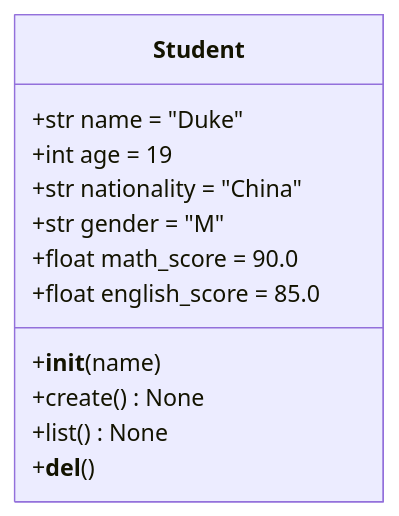
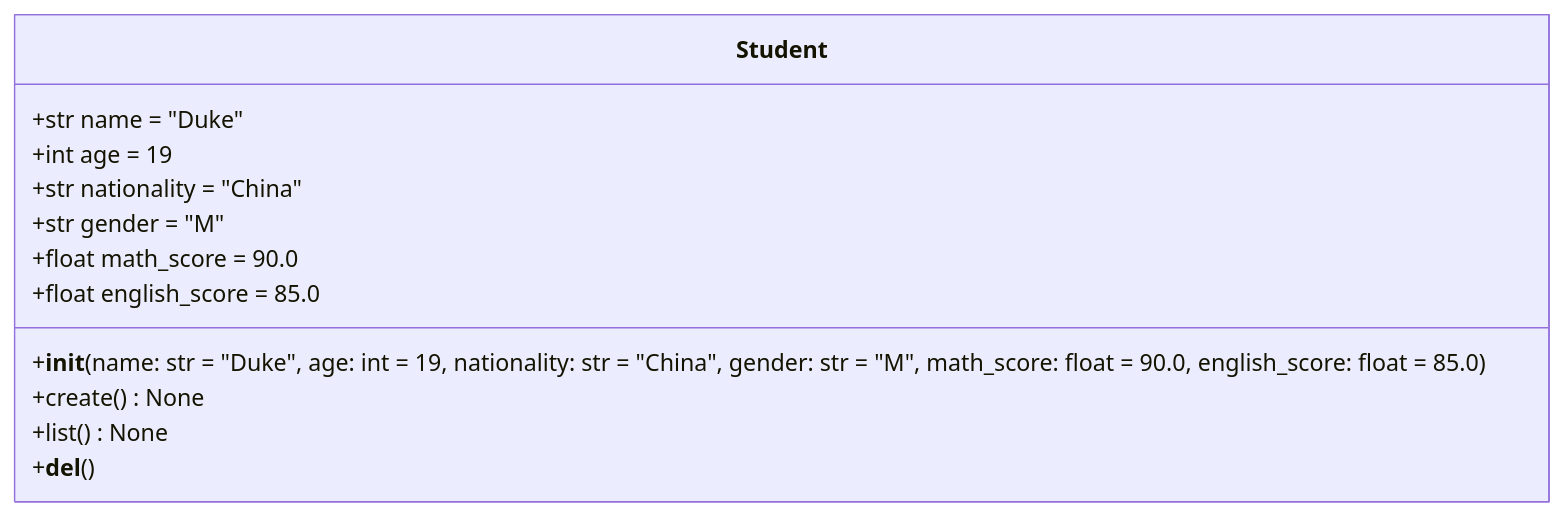
The diagram in student.md (duke7775/python_test1), drawn with Mermaid before and after one commit.

Commit message:
student.md

````diff
--- a/student.md
+++ b/student.md
@@ -1,15 +1,15 @@
 ```mermaid
 classDiagram
      class Student{
         +str name = "Duke"
         +int age = 19
         +str nationality = "China"
         +str gender = "M"
         +float math_score = 90.0
         +float english_score = 85.0
-        +__init__(name)
+        +__init__(name: str = "Duke", age: int = 19, nationality: str = "China", gender: str = "M", math_score: float = 90.0, english_score: float = 85.0)
         +create() None
         +list() None
         +__del__()
      }    
 ```
````
